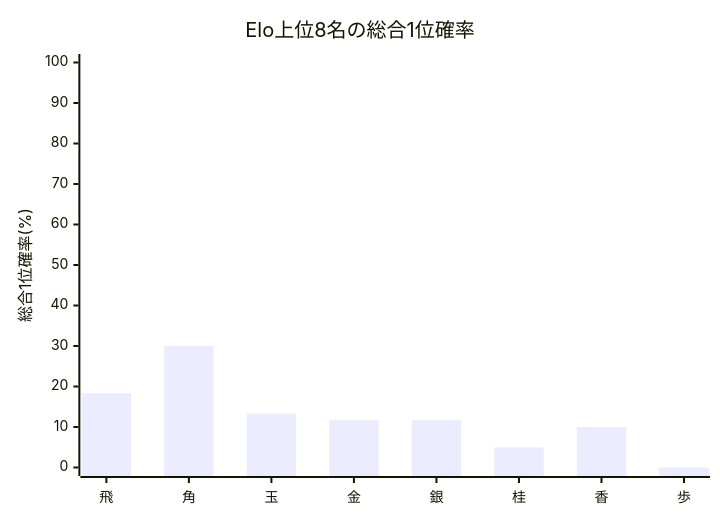
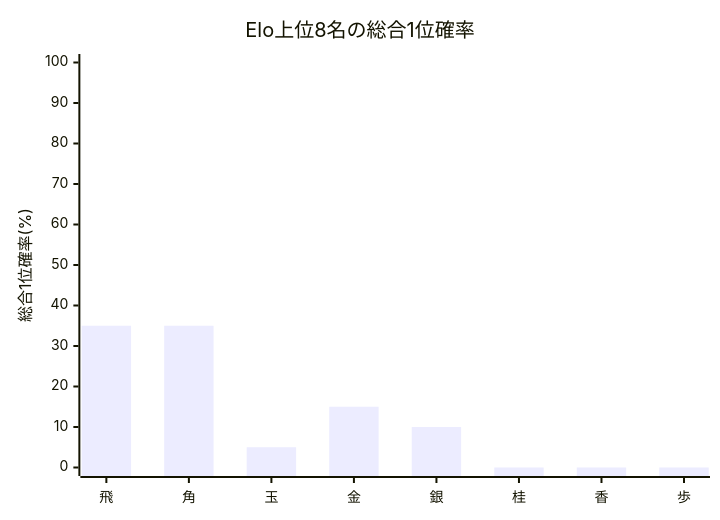
Before and after one commit to muzudho/ShogiTournamentSystemAnalyzer: the second of 2 diagrams in Output/TournamentQualityEvaluator/TournamentQualityReport/Summary/[先手8x後手8]_[Neutral_Single10_STSAInput3_smoke]_quality_summary.md, drawn with Mermaid. The commit also changed other lines of this file and 45 other files, not shown here.

````diff
--- a/Output/TournamentQualityEvaluator/TournamentQualityReport/Summary/[先手8x後手8]_[Neutral_Single10_STSAInput3_smoke]_quality_summary.md
+++ b/Output/TournamentQualityEvaluator/TournamentQualityReport/Summary/[先手8x後手8]_[Neutral_Single10_STSAInput3_smoke]_quality_summary.md
@@ -51,7 +51,7 @@
 ```mermaid
 xychart-beta
     title "Elo上位8名の総合1位確率"
     x-axis ["飛", "角", "玉", "金", "銀", "桂", "香", "歩"]
     y-axis "総合1位確率(%)" 0 --> 100
-    bar [18.33, 30.00, 13.33, 11.67, 11.67, 5.00, 10.00, 0.00]
+    bar [35.00, 35.00, 5.00, 15.00, 10.00, 0.00, 0.00, 0.00]
 ```
````
